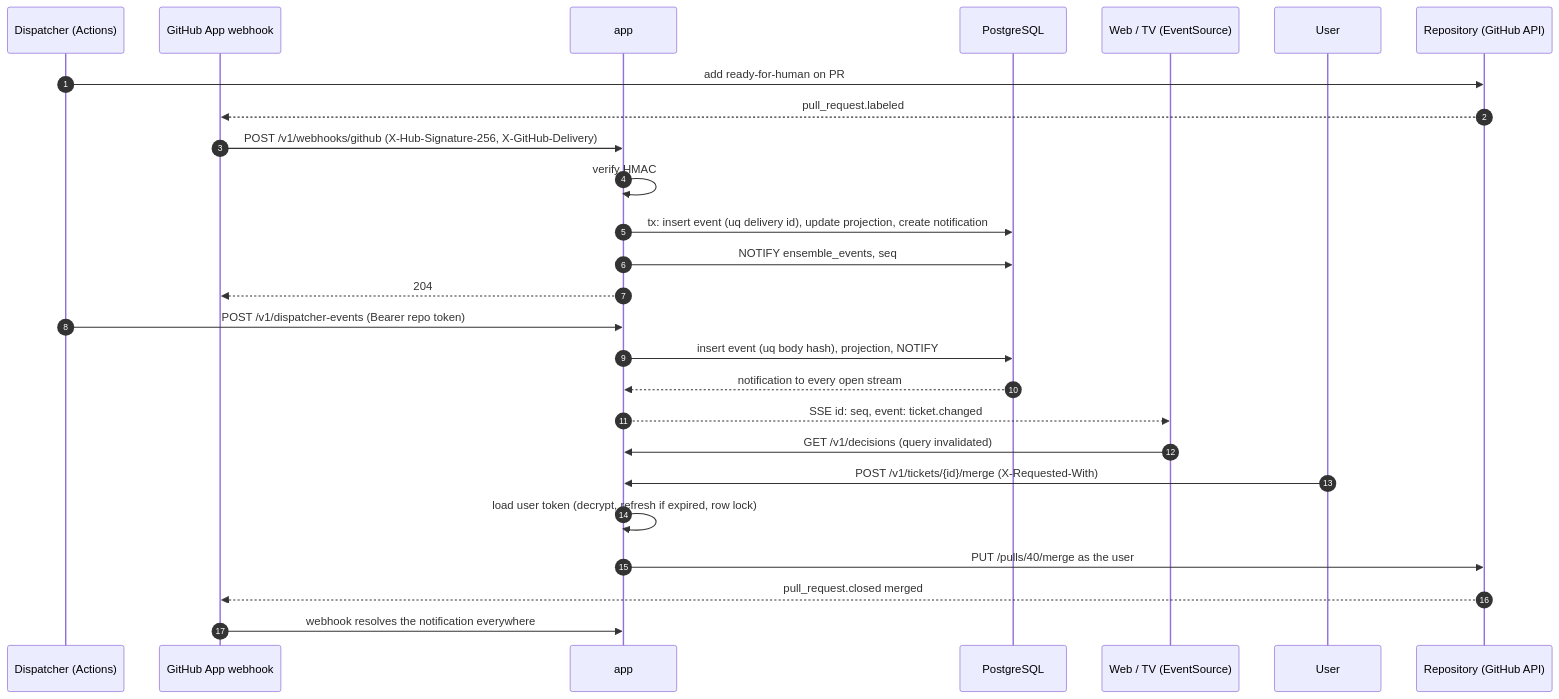
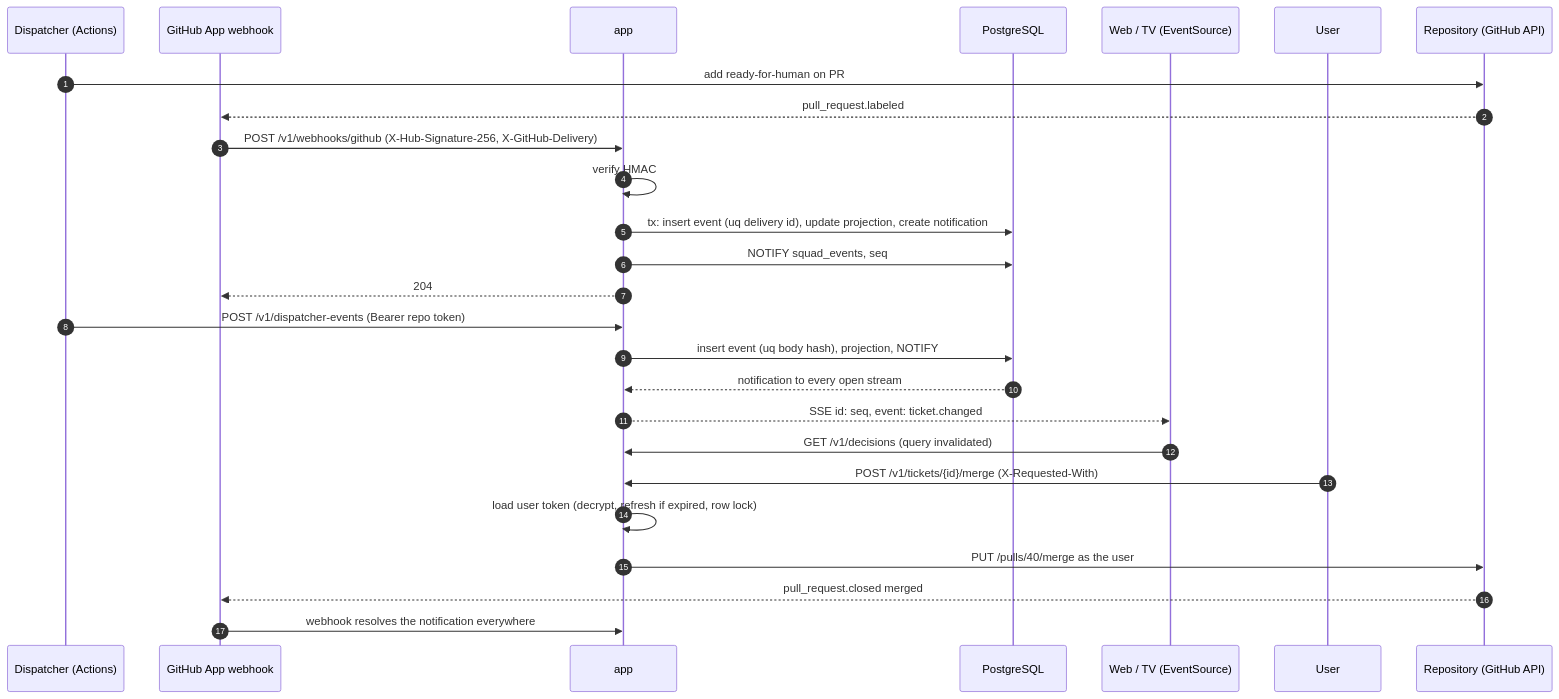
The second of 4 diagrams in .scratch/platform/architecture.md (GabrielSoares-Dev/project-generator), drawn with Mermaid before and after one commit. The commit also changed other lines of this file and 31 other files, not shown here.

````diff
--- a/.scratch/platform/architecture.md
+++ b/.scratch/platform/architecture.md
@@ -97,29 +97,29 @@
 ```mermaid
 sequenceDiagram
   autonumber
   participant D as Dispatcher (Actions)
   participant G as GitHub App webhook
   participant A as app
   participant P as PostgreSQL
   participant W as Web / TV (EventSource)
   participant U as User
   participant R as Repository (GitHub API)
 
   D->>R: add ready-for-human on PR #40
   R-->>G: pull_request.labeled
   G->>A: POST /v1/webhooks/github (X-Hub-Signature-256, X-GitHub-Delivery)
   A->>A: verify HMAC
   A->>P: tx: insert event (uq delivery id), update projection, create notification
-  A->>P: NOTIFY ensemble_events, seq
+  A->>P: NOTIFY squad_events, seq
   A-->>G: 204
   D->>A: POST /v1/dispatcher-events (Bearer repo token)
   A->>P: insert event (uq body hash), projection, NOTIFY
   P-->>A: notification to every open stream
   A-->>W: SSE id: seq, event: ticket.changed
   W->>A: GET /v1/decisions (query invalidated)
   U->>A: POST /v1/tickets/{id}/merge (X-Requested-With)
   A->>A: load user token (decrypt, refresh if expired, row lock)
   A->>R: PUT /pulls/40/merge as the user
   R-->>G: pull_request.closed merged
   G->>A: webhook resolves the notification everywhere
 ```
````
